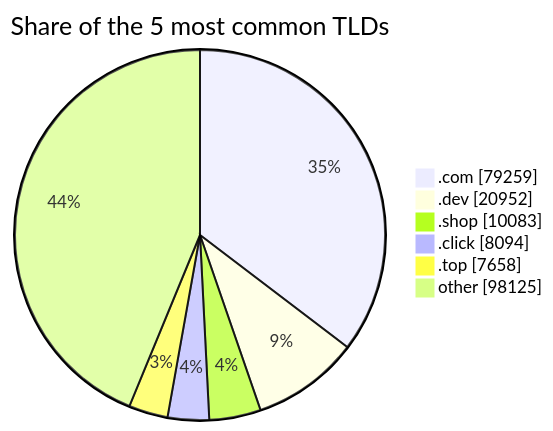
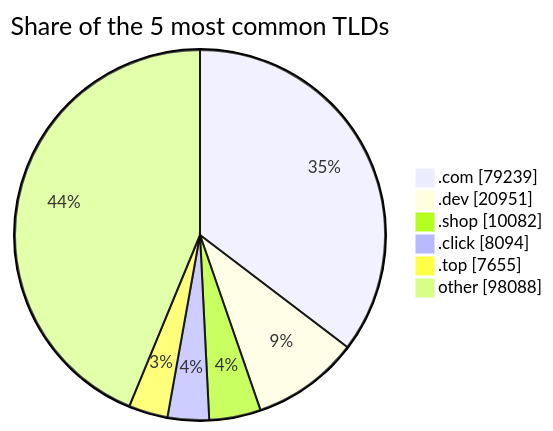
Before and after one commit to DNSBunker/CTI: the third of 3 diagrams in README.md, drawn with Mermaid. The commit also changed other lines of this file and 3 other files, not shown here.

````diff
--- a/README.md
+++ b/README.md
@@ -81,9 +81,9 @@
 ```mermaid
 pie showData title Share of the 5 most common TLDs
-    ".com" : 79259
-    ".dev" : 20952
-    ".shop" : 10083
+    ".com" : 79239
+    ".dev" : 20951
+    ".shop" : 10082
     ".click" : 8094
-    ".top" : 7658
-    "other" : 98125
+    ".top" : 7655
+    "other" : 98088
 ```
````
